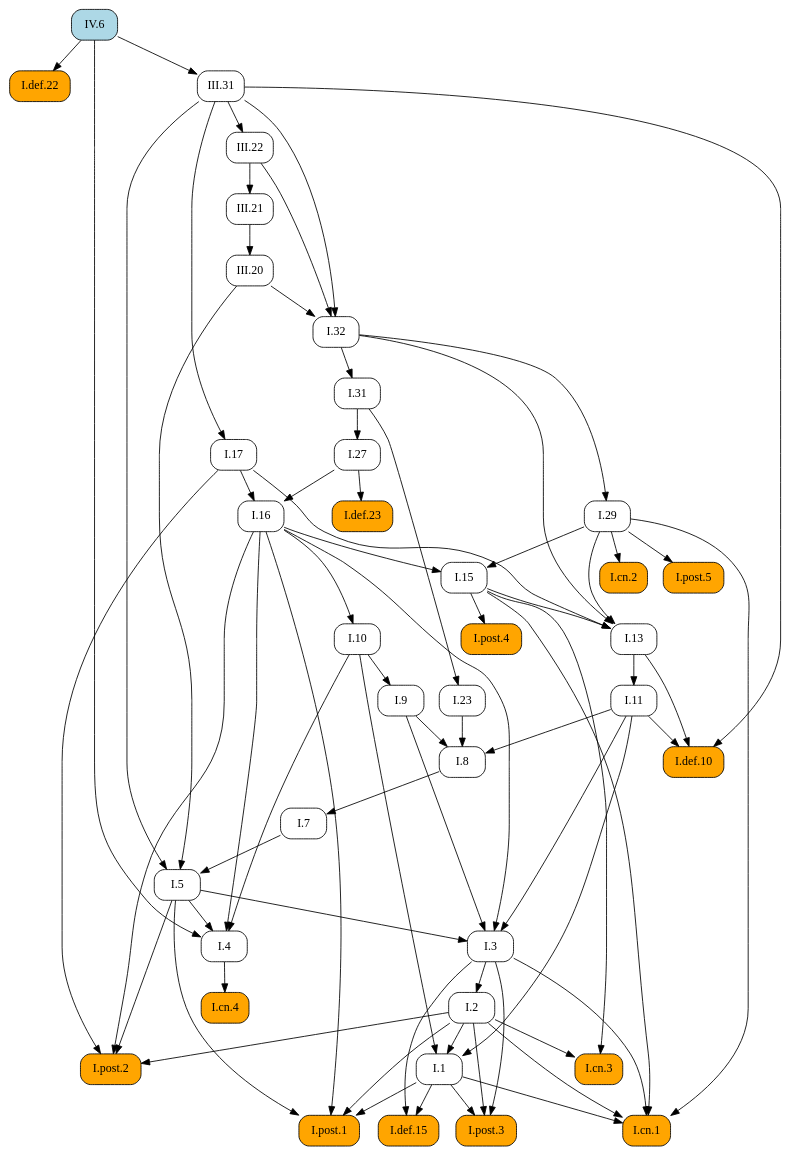
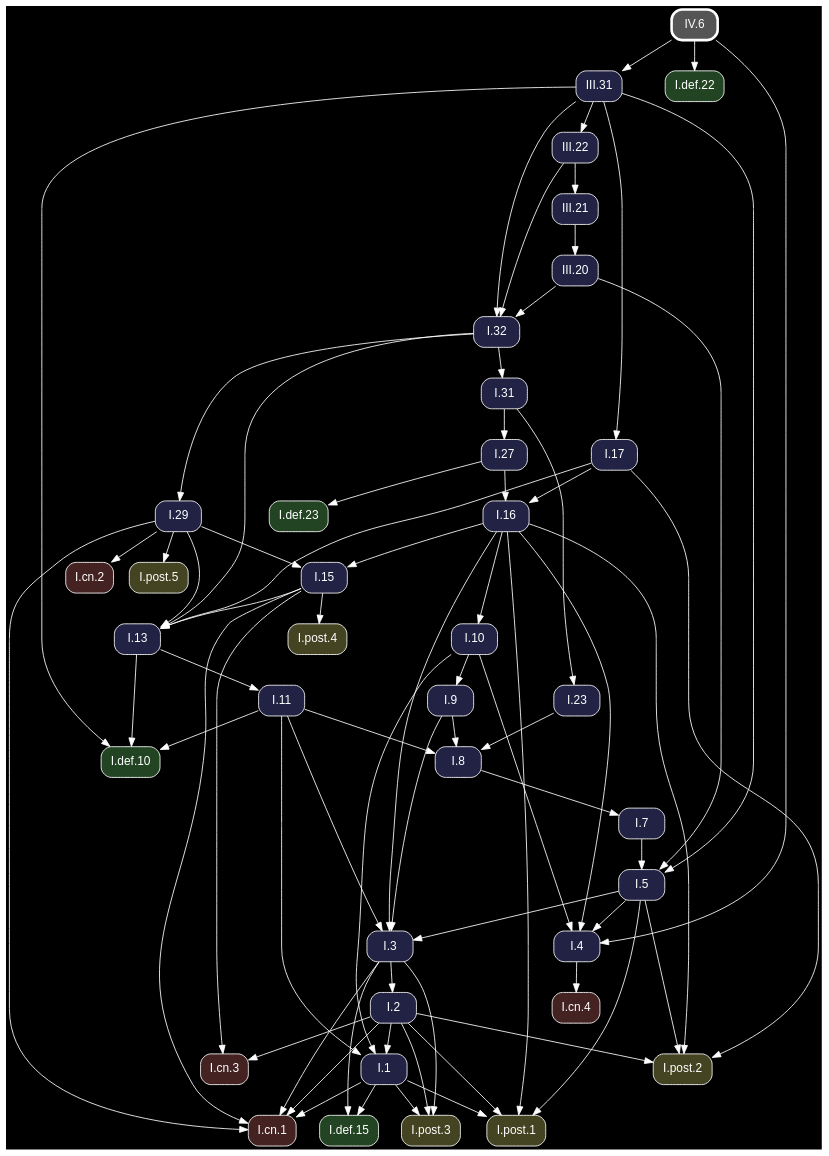
Before and after one commit to geometor/elements: the diagram in docsrc/heath/IV/6/index.rst, drawn with Graphviz. The commit also changed other lines of this file and 1200 other files, not shown here.

Commit message:
update dependency graphs

```diff
--- a/docsrc/heath/IV/6/index.rst
+++ b/docsrc/heath/IV/6/index.rst
@@ -61,67 +61,51 @@
 .. graphviz::
 
    digraph {
+     bgcolor="black";
+     node [shape=box, style="rounded,filled", fontname="Helvetica", color="white", fontcolor="white"];
+     edge [color="white", fontcolor="white"];
      rankdir="TB";
-     node [shape=box, style=rounded];
-     "I.23" [URL="/heath/I/23/", target="_top"];
-     "I.9" [URL="/heath/I/9/", target="_top"];
-     "I.32" [URL="/heath/I/32/", target="_top"];
-     "I.def.15" [style="rounded,filled", fillcolor=orange, URL="/heath/I/def.15/", target="_top"];
-     "I.post.3" [style="rounded,filled", fillcolor=orange, URL="/heath/I/post.3/", target="_top"];
-     "I.post.1" [style="rounded,filled", fillcolor=orange, URL="/heath/I/post.1/", target="_top"];
-     "III.20" [URL="/heath/III/20/", target="_top"];
-     "I.31" [URL="/heath/I/31/", target="_top"];
-     "III.22" [URL="/heath/III/22/", target="_top"];
-     "I.def.10" [style="rounded,filled", fillcolor=orange, URL="/heath/I/def.10/", target="_top"];
-     "I.def.22" [style="rounded,filled", fillcolor=orange, URL="/heath/I/def.22/", target="_top"];
-     "I.27" [URL="/heath/I/27/", target="_top"];
-     "IV.6" [style="rounded,filled", fillcolor=lightblue, URL="/heath/IV/6/", target="_top"];
-     "I.3" [URL="/heath/I/3/", target="_top"];
-     "I.cn.1" [style="rounded,filled", fillcolor=orange, URL="/heath/I/cn.1/", target="_top"];
-     "I.7" [URL="/heath/I/7/", target="_top"];
-     "I.2" [URL="/heath/I/2/", target="_top"];
-     "I.13" [URL="/heath/I/13/", target="_top"];
-     "I.post.4" [style="rounded,filled", fillcolor=orange, URL="/heath/I/post.4/", target="_top"];
-     "I.4" [URL="/heath/I/4/", target="_top"];
-     "I.1" [URL="/heath/I/1/", target="_top"];
-     "I.5" [URL="/heath/I/5/", target="_top"];
-     "I.17" [URL="/heath/I/17/", target="_top"];
-     "I.8" [URL="/heath/I/8/", target="_top"];
-     "I.29" [URL="/heath/I/29/", target="_top"];
-     "I.cn.3" [style="rounded,filled", fillcolor=orange, URL="/heath/I/cn.3/", target="_top"];
-     "I.16" [URL="/heath/I/16/", target="_top"];
-     "III.31" [URL="/heath/III/31/", target="_top"];
-     "I.15" [URL="/heath/I/15/", target="_top"];
-     "I.10" [URL="/heath/I/10/", target="_top"];
-     "I.11" [URL="/heath/I/11/", target="_top"];
-     "I.def.23" [style="rounded,filled", fillcolor=orange, URL="/heath/I/def.23/", target="_top"];
-     "I.cn.2" [style="rounded,filled", fillcolor=orange, URL="/heath/I/cn.2/", target="_top"];
-     "I.post.5" [style="rounded,filled", fillcolor=orange, URL="/heath/I/post.5/", target="_top"];
-     "I.cn.4" [style="rounded,filled", fillcolor=orange, URL="/heath/I/cn.4/", target="_top"];
-     "III.21" [URL="/heath/III/21/", target="_top"];
-     "I.post.2" [style="rounded,filled", fillcolor=orange, URL="/heath/I/post.2/", target="_top"];
-     "I.31" -> "I.23";
-     "I.10" -> "I.9";
+     "I.31" [fillcolor="#222244", URL="/heath/I/31/", target="_top"];
+     "I.32" [fillcolor="#222244", URL="/heath/I/32/", target="_top"];
+     "I.3" [fillcolor="#222244", URL="/heath/I/3/", target="_top"];
+     "I.cn.1" [fillcolor="#442222", URL="/heath/I/cn.1/", target="_top"];
+     "I.def.10" [fillcolor="#224422", URL="/heath/I/def.10/", target="_top"];
+     "I.15" [fillcolor="#222244", URL="/heath/I/15/", target="_top"];
+     "I.13" [fillcolor="#222244", URL="/heath/I/13/", target="_top"];
+     "I.27" [fillcolor="#222244", URL="/heath/I/27/", target="_top"];
+     "I.2" [fillcolor="#222244", URL="/heath/I/2/", target="_top"];
+     "I.cn.2" [fillcolor="#442222", URL="/heath/I/cn.2/", target="_top"];
+     "I.9" [fillcolor="#222244", URL="/heath/I/9/", target="_top"];
+     "I.1" [fillcolor="#222244", URL="/heath/I/1/", target="_top"];
+     "I.post.5" [fillcolor="#444422", URL="/heath/I/post.5/", target="_top"];
+     "I.post.4" [fillcolor="#444422", URL="/heath/I/post.4/", target="_top"];
+     "I.23" [fillcolor="#222244", URL="/heath/I/23/", target="_top"];
+     "I.8" [fillcolor="#222244", URL="/heath/I/8/", target="_top"];
+     "I.4" [fillcolor="#222244", URL="/heath/I/4/", target="_top"];
+     "I.7" [fillcolor="#222244", URL="/heath/I/7/", target="_top"];
+     "I.5" [fillcolor="#222244", URL="/heath/I/5/", target="_top"];
+     "I.10" [fillcolor="#222244", URL="/heath/I/10/", target="_top"];
+     "III.22" [fillcolor="#222244", URL="/heath/III/22/", target="_top"];
+     "I.post.1" [fillcolor="#444422", URL="/heath/I/post.1/", target="_top"];
+     "I.def.22" [fillcolor="#224422", URL="/heath/I/def.22/", target="_top"];
+     "I.11" [fillcolor="#222244", URL="/heath/I/11/", target="_top"];
+     "I.16" [fillcolor="#222244", URL="/heath/I/16/", target="_top"];
+     "I.cn.3" [fillcolor="#442222", URL="/heath/I/cn.3/", target="_top"];
+     "III.21" [fillcolor="#222244", URL="/heath/III/21/", target="_top"];
+     "I.post.2" [fillcolor="#444422", URL="/heath/I/post.2/", target="_top"];
+     "I.29" [fillcolor="#222244", URL="/heath/I/29/", target="_top"];
+     "IV.6" [penwidth=3, color="white", fillcolor="#555555", URL="/heath/IV/6/", target="_top"];
+     "I.cn.4" [fillcolor="#442222", URL="/heath/I/cn.4/", target="_top"];
+     "I.def.23" [fillcolor="#224422", URL="/heath/I/def.23/", target="_top"];
+     "III.31" [fillcolor="#222244", URL="/heath/III/31/", target="_top"];
+     "I.post.3" [fillcolor="#444422", URL="/heath/I/post.3/", target="_top"];
+     "III.20" [fillcolor="#222244", URL="/heath/III/20/", target="_top"];
+     "I.def.15" [fillcolor="#224422", URL="/heath/I/def.15/", target="_top"];
+     "I.17" [fillcolor="#222244", URL="/heath/I/17/", target="_top"];
+     "I.32" -> "I.31";
      "III.20" -> "I.32";
      "III.22" -> "I.32";
      "III.31" -> "I.32";
-     "I.1" -> "I.def.15";
-     "I.3" -> "I.def.15";
-     "I.1" -> "I.post.3";
-     "I.2" -> "I.post.3";
-     "I.3" -> "I.post.3";
-     "I.1" -> "I.post.1";
-     "I.2" -> "I.post.1";
-     "I.5" -> "I.post.1";
-     "I.16" -> "I.post.1";
-     "III.21" -> "III.20";
-     "I.32" -> "I.31";
-     "III.31" -> "III.22";
-     "I.11" -> "I.def.10";
-     "I.13" -> "I.def.10";
-     "III.31" -> "I.def.10";
-     "IV.6" -> "I.def.22";
-     "I.31" -> "I.27";
      "I.5" -> "I.3";
      "I.9" -> "I.3";
      "I.11" -> "I.3";
@@ -131,44 +115,62 @@
      "I.3" -> "I.cn.1";
      "I.15" -> "I.cn.1";
      "I.29" -> "I.cn.1";
-     "I.8" -> "I.7";
-     "I.3" -> "I.2";
+     "I.11" -> "I.def.10";
+     "I.13" -> "I.def.10";
+     "III.31" -> "I.def.10";
+     "I.16" -> "I.15";
+     "I.29" -> "I.15";
      "I.15" -> "I.13";
      "I.17" -> "I.13";
      "I.29" -> "I.13";
      "I.32" -> "I.13";
+     "I.31" -> "I.27";
+     "I.3" -> "I.2";
+     "I.29" -> "I.cn.2";
+     "I.10" -> "I.9";
+     "I.2" -> "I.1";
+     "I.10" -> "I.1";
+     "I.11" -> "I.1";
+     "I.29" -> "I.post.5";
      "I.15" -> "I.post.4";
+     "I.31" -> "I.23";
+     "I.9" -> "I.8";
+     "I.11" -> "I.8";
+     "I.23" -> "I.8";
      "I.5" -> "I.4";
      "I.10" -> "I.4";
      "I.16" -> "I.4";
      "IV.6" -> "I.4";
-     "I.2" -> "I.1";
-     "I.10" -> "I.1";
-     "I.11" -> "I.1";
+     "I.8" -> "I.7";
      "I.7" -> "I.5";
      "III.20" -> "I.5";
      "III.31" -> "I.5";
-     "III.31" -> "I.17";
-     "I.9" -> "I.8";
-     "I.11" -> "I.8";
-     "I.23" -> "I.8";
-     "I.32" -> "I.29";
+     "I.16" -> "I.10";
+     "III.31" -> "III.22";
+     "I.1" -> "I.post.1";
+     "I.2" -> "I.post.1";
+     "I.5" -> "I.post.1";
+     "I.16" -> "I.post.1";
+     "IV.6" -> "I.def.22";
+     "I.13" -> "I.11";
+     "I.17" -> "I.16";
+     "I.27" -> "I.16";
      "I.2" -> "I.cn.3";
      "I.15" -> "I.cn.3";
-     "I.17" -> "I.16";
-     "I.27" -> "I.16";
-     "IV.6" -> "III.31";
-     "I.16" -> "I.15";
-     "I.29" -> "I.15";
-     "I.16" -> "I.10";
-     "I.13" -> "I.11";
-     "I.27" -> "I.def.23";
-     "I.29" -> "I.cn.2";
-     "I.29" -> "I.post.5";
-     "I.4" -> "I.cn.4";
      "III.22" -> "III.21";
      "I.2" -> "I.post.2";
      "I.5" -> "I.post.2";
      "I.16" -> "I.post.2";
      "I.17" -> "I.post.2";
+     "I.32" -> "I.29";
+     "I.4" -> "I.cn.4";
+     "I.27" -> "I.def.23";
+     "IV.6" -> "III.31";
+     "I.1" -> "I.post.3";
+     "I.2" -> "I.post.3";
+     "I.3" -> "I.post.3";
+     "III.21" -> "III.20";
+     "I.1" -> "I.def.15";
+     "I.3" -> "I.def.15";
+     "III.31" -> "I.17";
    }
```
